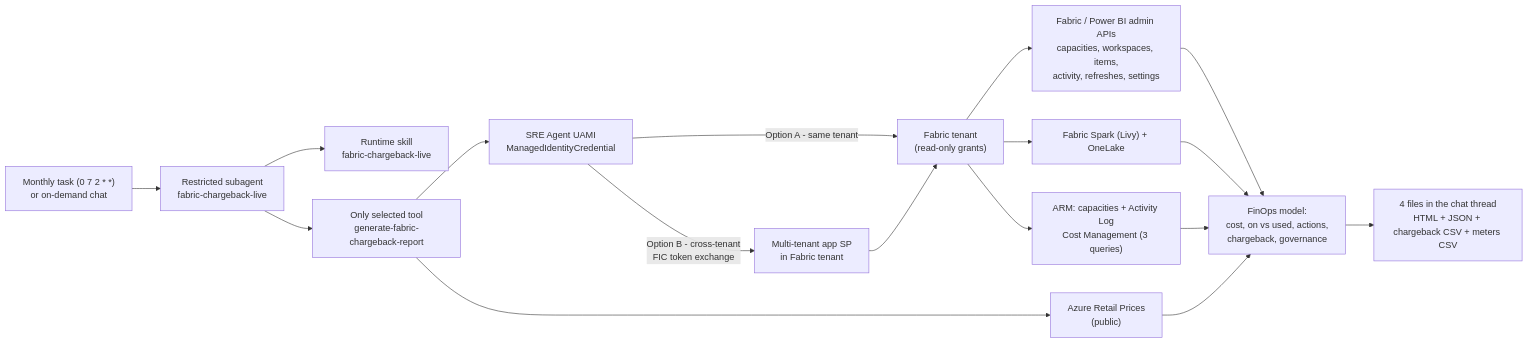
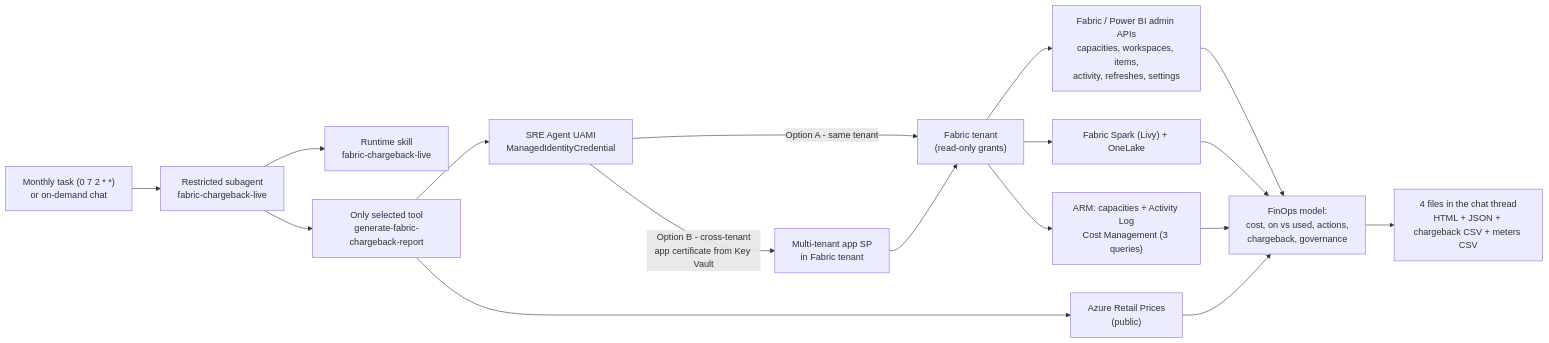
The diagram in 11-fabric-finops-chargeback/README.md (marioaguileraaa/sre-agent-use-cases), drawn with Mermaid before and after one commit. The commit also changed other lines of this file and 25 other files, not shown here.

First line of the commit message:
Support Azure SRE Agent sidecar tokens and certificate-based cross-tenant access

````diff
--- a/11-fabric-finops-chargeback/README.md
+++ b/11-fabric-finops-chargeback/README.md
@@ -37,19 +37,19 @@
 ```mermaid
 flowchart LR
     H["Monthly task (0 7 2 * *)<br/>or on-demand chat"] --> C["Restricted subagent<br/>fabric-chargeback-live"]
     C --> S["Runtime skill<br/>fabric-chargeback-live"]
     C --> T["Only selected tool<br/>generate-fabric-chargeback-report"]
     T --> U["SRE Agent UAMI<br/>ManagedIdentityCredential"]
     U -->|"Option A - same tenant"| B["Fabric tenant<br/>(read-only grants)"]
-    U -->|"Option B - cross-tenant<br/>FIC token exchange"| F["Multi-tenant app SP<br/>in Fabric tenant"]
+    U -->|"Option B - cross-tenant<br/>app certificate from Key Vault"| F["Multi-tenant app SP<br/>in Fabric tenant"]
     F --> B
     B --> P1["Fabric / Power BI admin APIs<br/>capacities, workspaces, items,<br/>activity, refreshes, settings"]
     B --> P2["Fabric Spark (Livy) + OneLake"]
     B --> P3["ARM: capacities + Activity Log<br/>Cost Management (3 queries)"]
     T --> P4["Azure Retail Prices<br/>(public)"]
     P1 --> R["FinOps model:<br/>cost, on vs used, actions,<br/>chargeback, governance"]
     P2 --> R
     P3 --> R
     P4 --> R
     R --> O["4 files in the chat thread<br/>HTML + JSON + chargeback CSV + meters CSV"]
 ```
````
